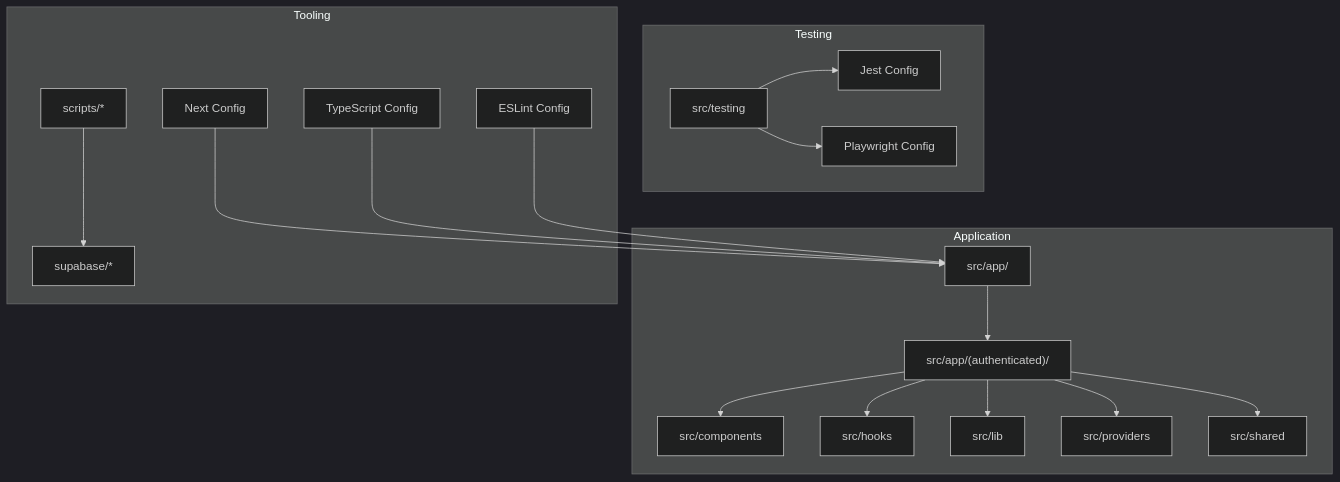
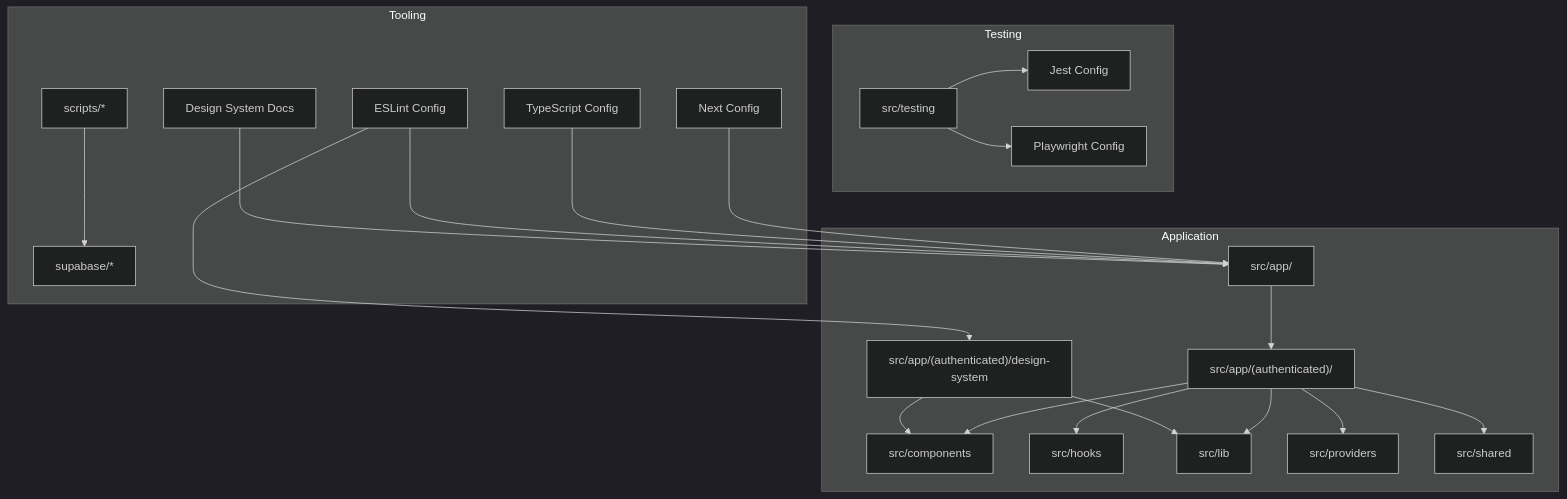
The first of 9 diagrams in .qoder/repowiki/en/content/Development Guide/Development Guide.md (SinesysTech/zattar-os), drawn with Mermaid (dark theme) before and after one commit. The commit also changed other lines of this file and 40 other files, not shown here.

First line of the commit message:
feat(design-system): melhorar conformidade tipográfica e acessibilidade em audiências

````diff
--- a/.qoder/repowiki/en/content/Development Guide/Development Guide.md
+++ b/.qoder/repowiki/en/content/Development Guide/Development Guide.md
@@ -44,36 +59,42 @@
 ```mermaid
 graph TB
 subgraph "Application"
 A["src/app/<routes>"]
 B["src/app/(authenticated)/<feature>"]
 C["src/components"]
 D["src/hooks"]
 E["src/lib"]
 F["src/providers"]
 G["src/shared"]
+H["src/app/(authenticated)/design-system"]
 end
 subgraph "Testing"
-H["src/testing"]
-I["Jest Config"]
-J["Playwright Config"]
+I["src/testing"]
+J["Jest Config"]
+K["Playwright Config"]
 end
 subgraph "Tooling"
-K["scripts/*"]
-L["supabase/*"]
-M["Next Config"]
-N["TypeScript Config"]
-O["ESLint Config"]
+L["scripts/*"]
+M["supabase/*"]
+N["Next Config"]
+O["TypeScript Config"]
+P["ESLint Config"]
+Q["Design System Docs"]
 end
 A --> B
 B --> C
 B --> D
 B --> E
 B --> F
 B --> G
-H --> I
-H --> J
-K --> L
-M --> A
+H --> C
+H --> E
+I --> J
+I --> K
+L --> M
 N --> A
 O --> A
+P --> A
+P --> H
+Q --> A
 ```
````
